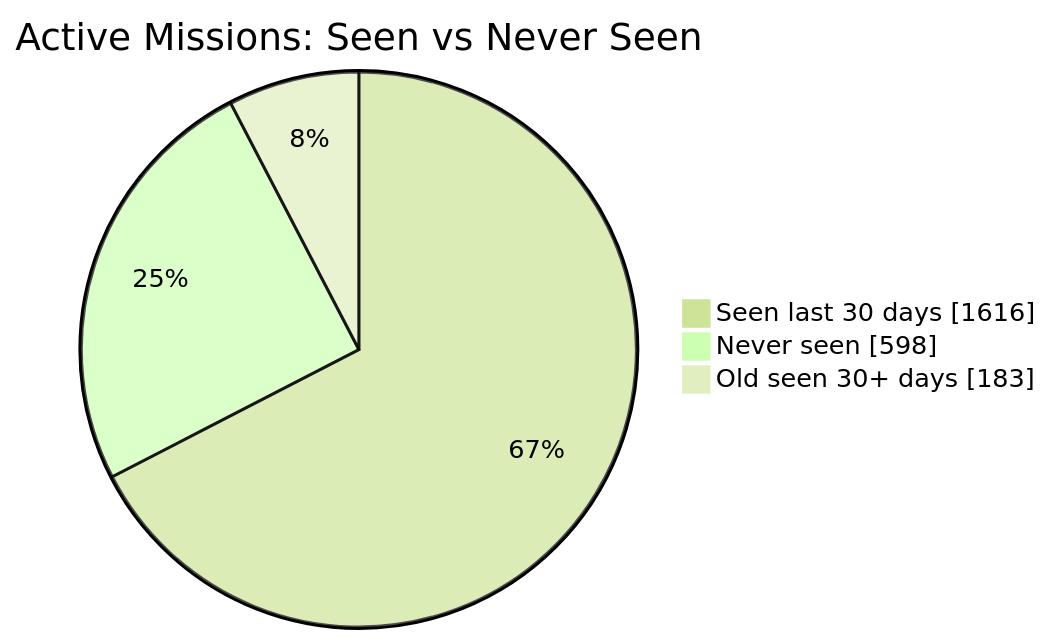
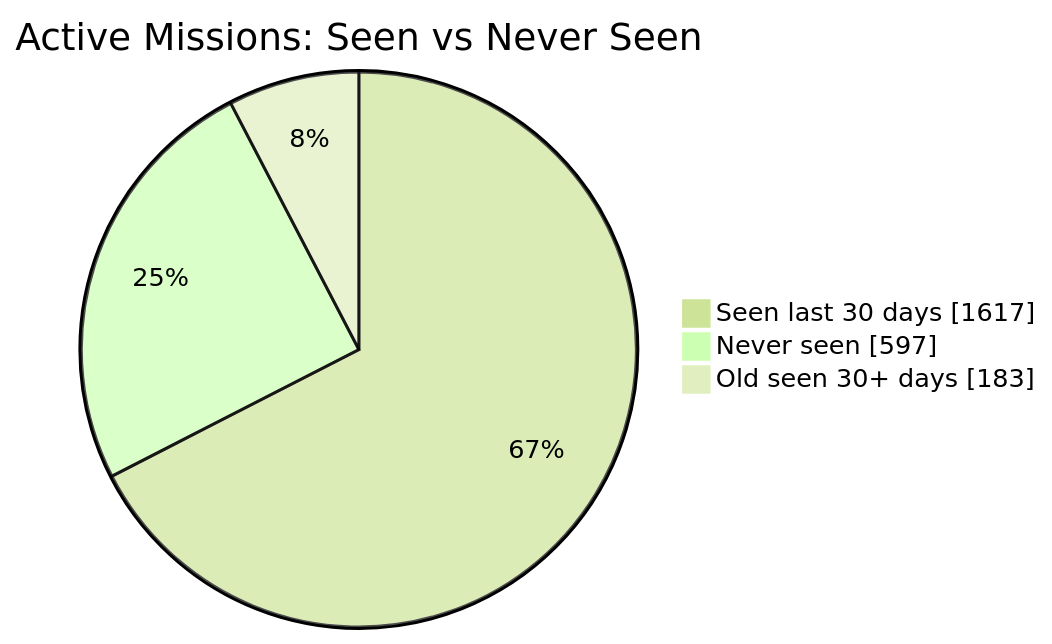
Before and after one commit to MeldkamerspelGameTeam/active-missions: the first of 2 diagrams in README.md, drawn with Mermaid (forest theme). The commit also changed other lines of this file and 3 other files, not shown here.

````diff
--- a/README.md
+++ b/README.md
@@ -34,7 +34,7 @@
 ```mermaid
 pie showData
     title Active Missions: Seen vs Never Seen
-    "Seen last 30 days" : 1616
-    "Never seen" : 598
+    "Seen last 30 days" : 1617
+    "Never seen" : 597
     "Old seen 30+ days" : 183
 ```
````
